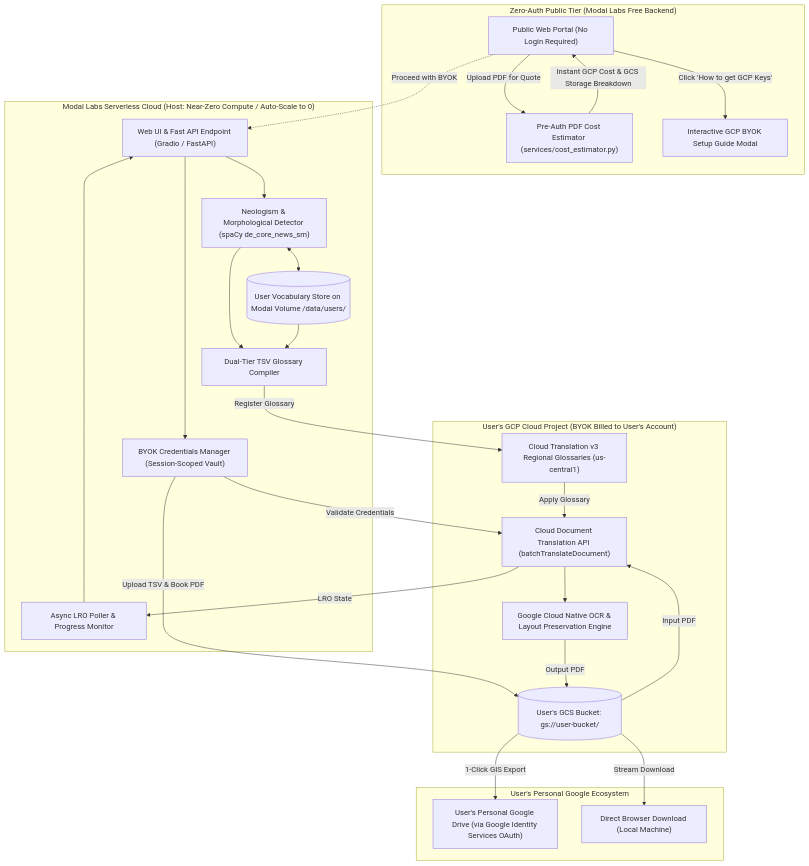
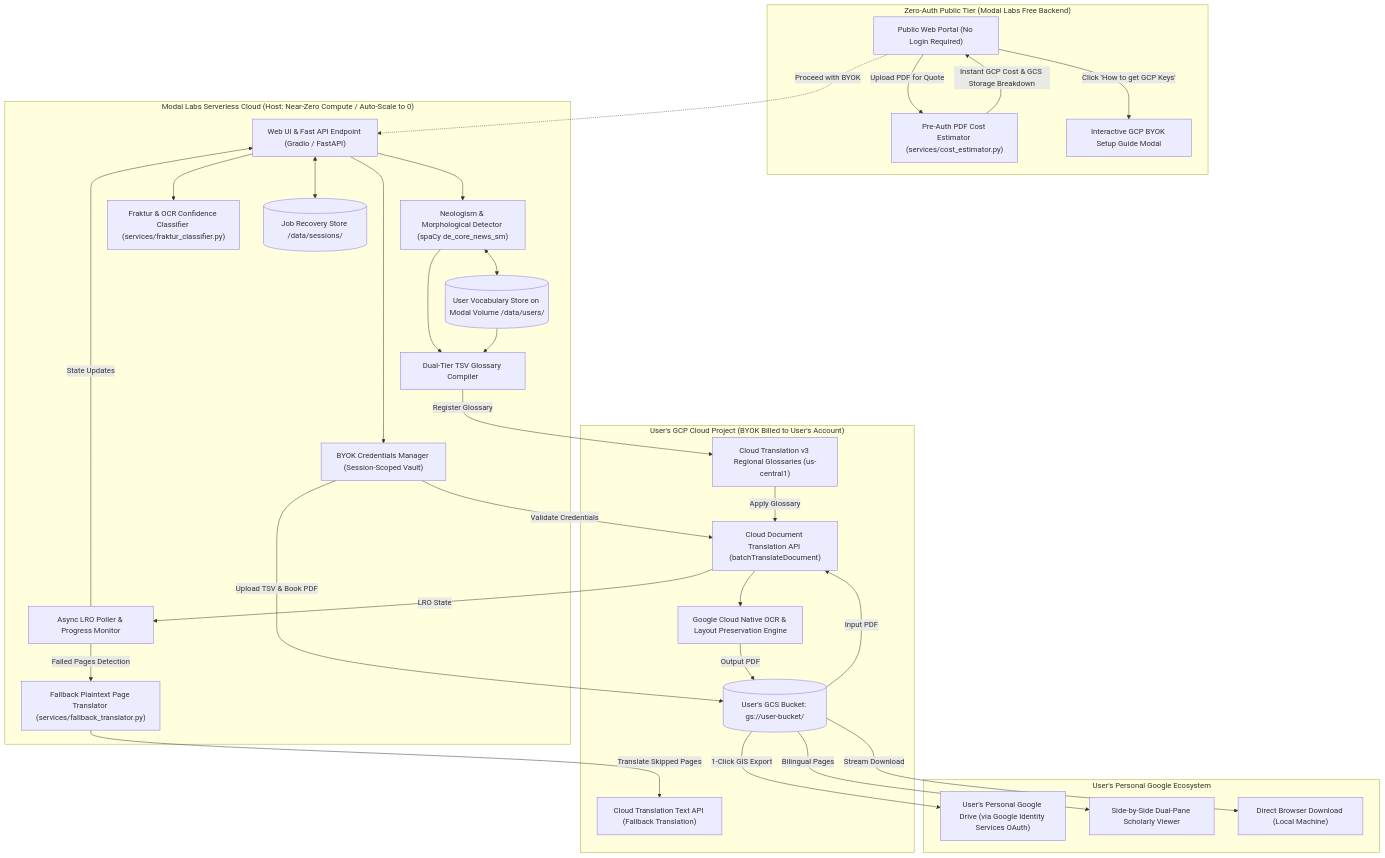
One commit to JAaron93/PhenomenalLayout changed the first of 2 diagrams in spec/gcp-migration/design.md. Above: the diagram before and after it, drawn with Mermaid. The commit also changed other lines of this file and 6 other files, not shown here.

First line of the commit message:
docs(spec): add Scholarly Resilience suite (Fraktur OCR, Job Recovery, Fallback Translation, Quota Cleanup, Dual-Pane Viewer)

````diff
--- a/spec/gcp-migration/design.md
+++ b/spec/gcp-migration/design.md
@@ -19,50 +20,60 @@
 ```mermaid
 flowchart TB
     subgraph PreAuth_Zone["Zero-Auth Public Tier (Modal Labs Free Backend)"]
         PUB_UI["Public Web Portal (No Login Required)"]
         COST_EST["Pre-Auth PDF Cost Estimator (services/cost_estimator.py)"]
         GUIDE_MODAL["Interactive GCP BYOK Setup Guide Modal"]
         PUB_UI -->|Upload PDF for Quote| COST_EST
         COST_EST -->|Instant GCP Cost & GCS Storage Breakdown| PUB_UI
         PUB_UI -->|Click 'How to get GCP Keys'| GUIDE_MODAL
     end
 
     subgraph Modal_Zone["Modal Labs Serverless Cloud (Host: Near-Zero Compute / Auto-Scale to 0)"]
         UI["Web UI & Fast API Endpoint (Gradio / FastAPI)"]
         AUTH["BYOK Credentials Manager (Session-Scoped Vault)"]
         NEO["Neologism & Morphological Detector (spaCy de_core_news_sm)"]
+        FRAK["Fraktur & OCR Confidence Classifier (services/fraktur_classifier.py)"]
         VOCAB[("User Vocabulary Store on Modal Volume /data/users/")]
+        JOB_REC[("Job Recovery Store /data/sessions/")]
         GLOSS_COMP["Dual-Tier TSV Glossary Compiler"]
         LRO_MON["Async LRO Poller & Progress Monitor"]
+        FALLBACK["Fallback Plaintext Page Translator (services/fallback_translator.py)"]
     end
 
     subgraph GCP_Zone["User's GCP Cloud Project (BYOK Billed to User's Account)"]
         GCS_BUCKET[("User's GCS Bucket: gs://user-bucket/")]
         GCP_GLOSS["Cloud Translation v3 Regional Glossaries (us-central1)"]
         GCP_BATCH["Cloud Document Translation API (batchTranslateDocument)"]
         GCP_OCR["Google Cloud Native OCR & Layout Preservation Engine"]
+        GCP_TEXT["Cloud Translation Text API (Fallback Translation)"]
     end
 
     subgraph User_Personal_Cloud["User's Personal Google Ecosystem"]
         GDRIVE["User's Personal Google Drive (via Google Identity Services OAuth)"]
+        DUAL_PANE["Side-by-Side Dual-Pane Scholarly Viewer"]
         LOCAL_DL["Direct Browser Download (Local Machine)"]
     end
 
     PUB_UI -.->|Proceed with BYOK| UI
     UI --> AUTH
     AUTH -->|Validate Credentials| GCP_BATCH
     UI --> NEO
+    UI --> FRAK
     NEO <--> VOCAB
+    UI <--> JOB_REC
     NEO --> GLOSS_COMP
     VOCAB --> GLOSS_COMP
     AUTH -->|Upload TSV & Book PDF| GCS_BUCKET
     GLOSS_COMP -->|Register Glossary| GCP_GLOSS
     GCS_BUCKET -->|Input PDF| GCP_BATCH
     GCP_GLOSS -->|Apply Glossary| GCP_BATCH
     GCP_BATCH --> GCP_OCR
     GCP_BATCH -->|LRO State| LRO_MON
     GCP_OCR -->|Output PDF| GCS_BUCKET
-    LRO_MON --> UI
+    LRO_MON -->|State Updates| UI
+    LRO_MON -->|Failed Pages Detection| FALLBACK
+    FALLBACK -->|Translate Skipped Pages| GCP_TEXT
     GCS_BUCKET -->|Stream Download| LOCAL_DL
     GCS_BUCKET -->|1-Click GIS Export| GDRIVE
+    GCS_BUCKET -->|Bilingual Pages| DUAL_PANE
 ```
````
